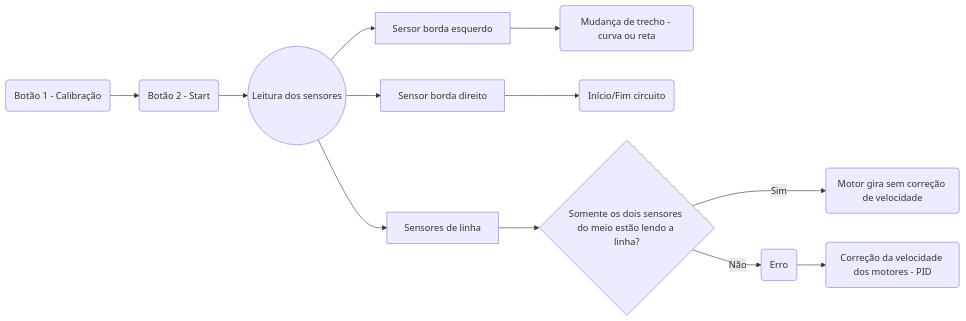
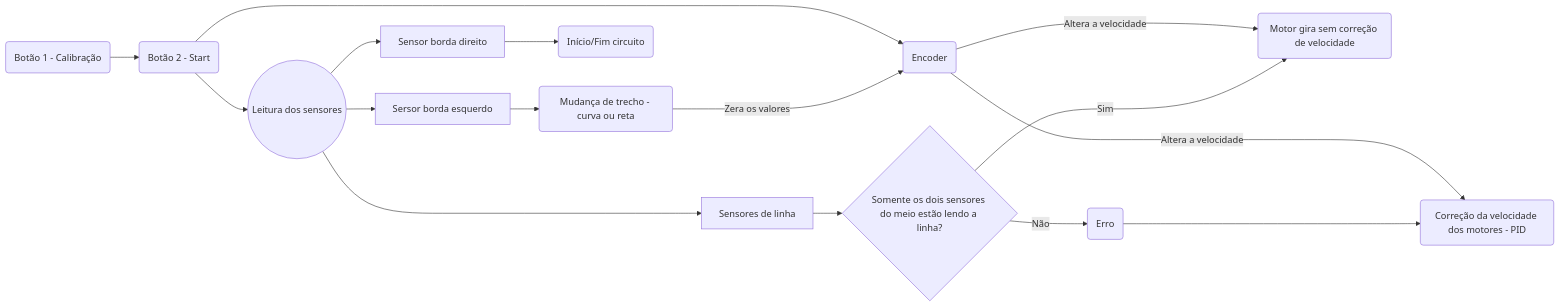
Before and after one commit to teamTroia/follow_line: the second of 2 diagrams in README.md, drawn with Mermaid. The commit also changed other lines of this file and 10 other files, not shown here.

````diff
--- a/README.md
+++ b/README.md
@@ -64,22 +64,27 @@
 ```mermaid
 graph LR;
 A(Botão 1 - Calibração);
 B(Botão 2 - Start);
 C[Sersor borda esquerdo];
 D(Mudança de trecho - curva ou reta);
 E[Sensor borda direito];
 F(Início/Fim circuito);
 G[Sensores de linha];
 H{Somente os dois sensores do meio estão lendo a linha?};
 I(Erro);
 J(Correção da velocidade dos motores - PID);
 K((Leitura dos sensores));
 L(Motor gira sem correção de velocidade);
+M(Encoder);
 
 A-->B-->K-->C-->D;
+B-->M;
+D--->|Zera os valores|M;
+M--->|Altera a velocidade|L;
+M---->|Altera a velocidade|J;
 K-->E-->F;
 K-->G-->H;
 H--->|Sim|L;
 H-->|Não|I;
 I-->J;
 ```
````
